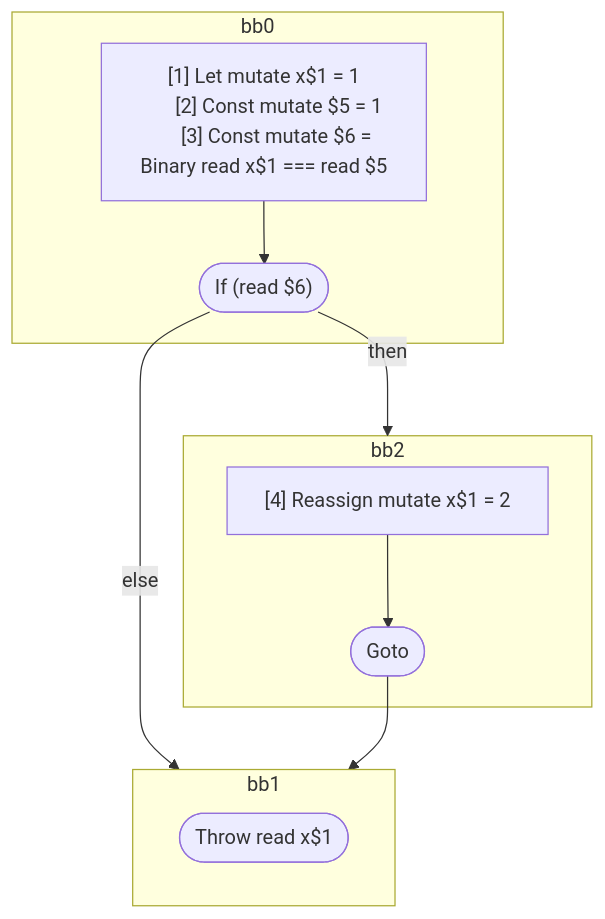
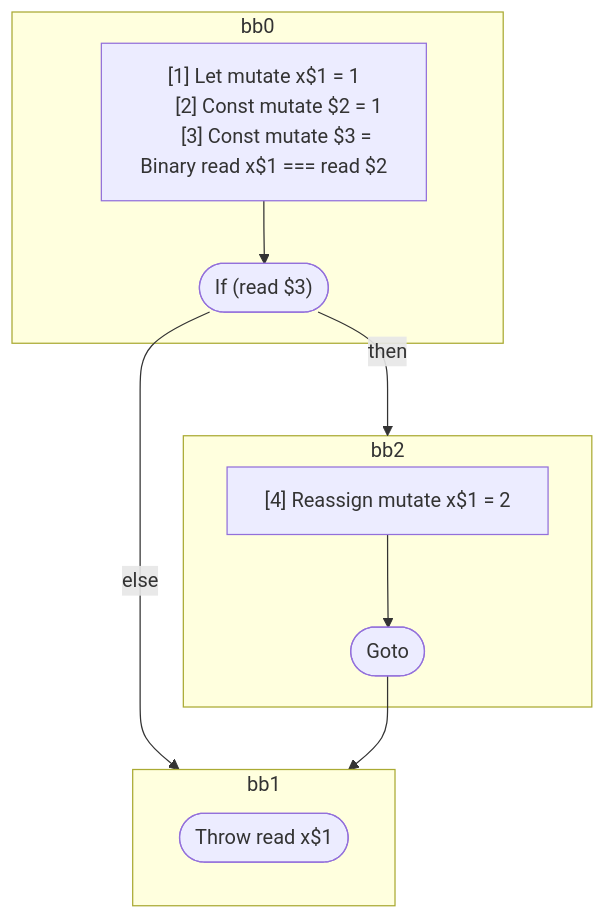
Before and after one commit to wutsmog/private: the diagram in compiler/forget/src/__tests__/fixtures/hir/ssa-throw.expect.md, drawn with Mermaid. The commit also changed other lines of this file and 57 other files, not shown here.

````diff
--- a/compiler/forget/src/__tests__/fixtures/hir/ssa-throw.expect.md
+++ b/compiler/forget/src/__tests__/fixtures/hir/ssa-throw.expect.md
@@ -34,27 +34,27 @@
 ```mermaid
 flowchart TB
   %% Basic Blocks
   subgraph bb0
     bb0_instrs["
       [1] Let mutate x$1 = 1
-      [2] Const mutate $5 = 1
-      [3] Const mutate $6 = Binary read x$1 === read $5
+      [2] Const mutate $2 = 1
+      [3] Const mutate $3 = Binary read x$1 === read $2
     "]
-    bb0_instrs --> bb0_terminal(["If (read $6)"])
+    bb0_instrs --> bb0_terminal(["If (read $3)"])
   end
   subgraph bb2
     bb2_instrs["
       [4] Reassign mutate x$1 = 2
     "]
     bb2_instrs --> bb2_terminal(["Goto"])
   end
   subgraph bb1
     bb1_terminal(["Throw read x$1"])
   end
 
   %% Jumps
   bb0_terminal -- then --> bb2
   bb0_terminal -- else --> bb1
   bb2_terminal --> bb1
 
 ```
````
